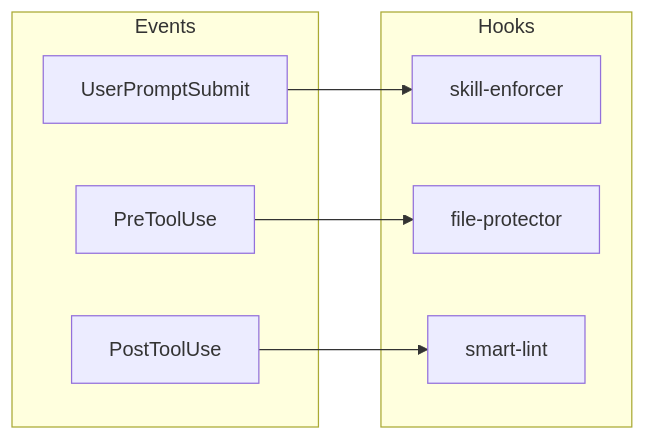
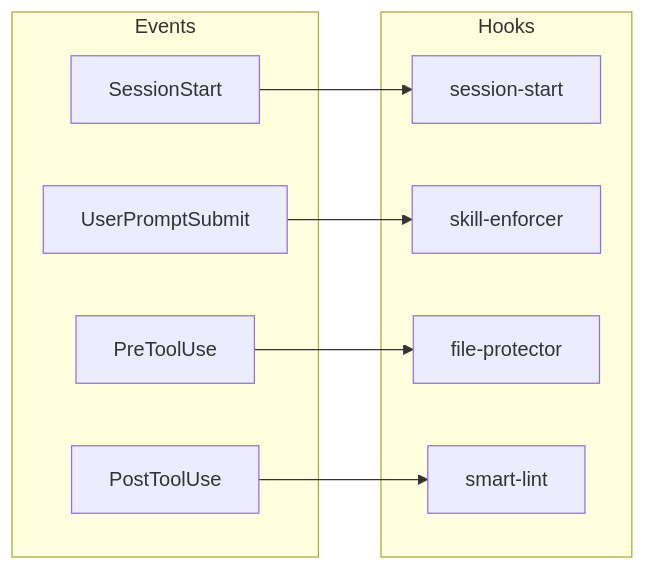
Before and after one commit to alexei-led/claude-code-config: the third of 8 diagrams in GUIDE.md, drawn with Mermaid. The commit also changed other lines of this file and 12 other files, not shown here.

````diff
--- a/GUIDE.md
+++ b/GUIDE.md
@@ -66,18 +66,21 @@
 ```mermaid
 flowchart LR
     subgraph Events
+        SS[SessionStart]
         UPS[UserPromptSubmit]
         PTU[PreToolUse]
         POTU[PostToolUse]
     end
 
     subgraph Hooks
+        SSS[session-start]
         SE[skill-enforcer]
         FP[file-protector]
         SL[smart-lint]
     end
 
+    SS --> SSS
     UPS --> SE
     PTU --> FP
     POTU --> SL
 ```
````
